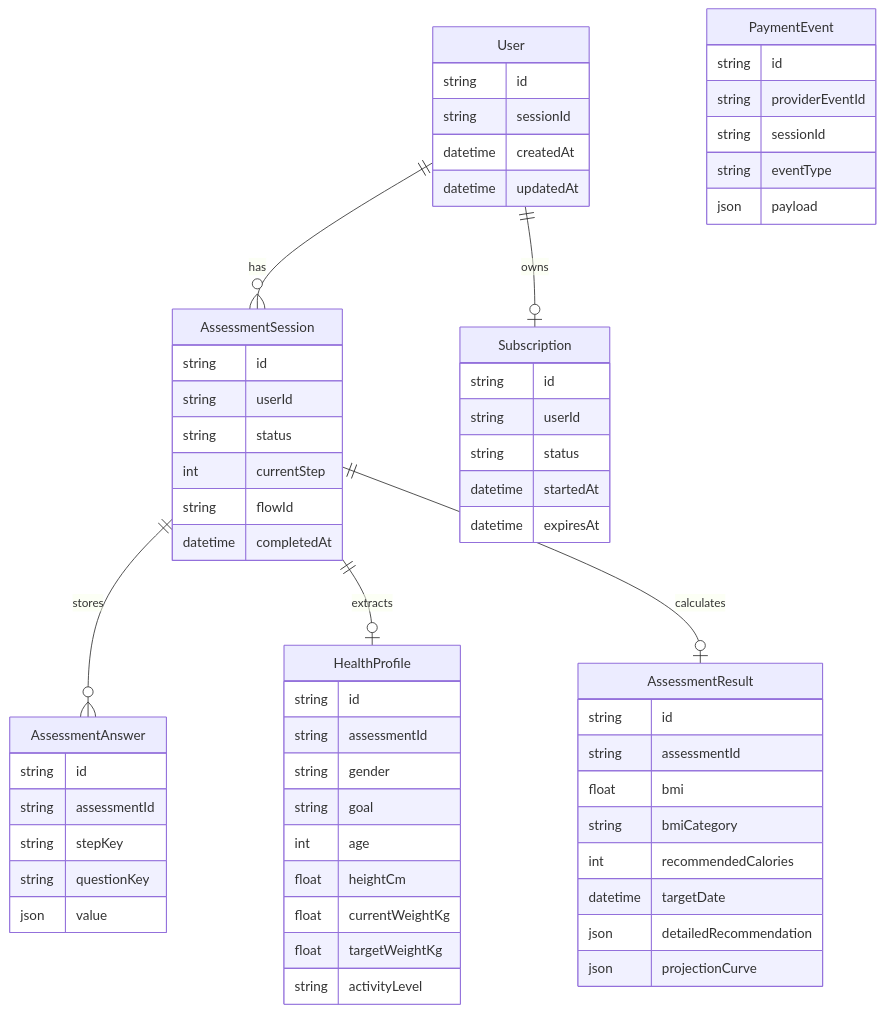
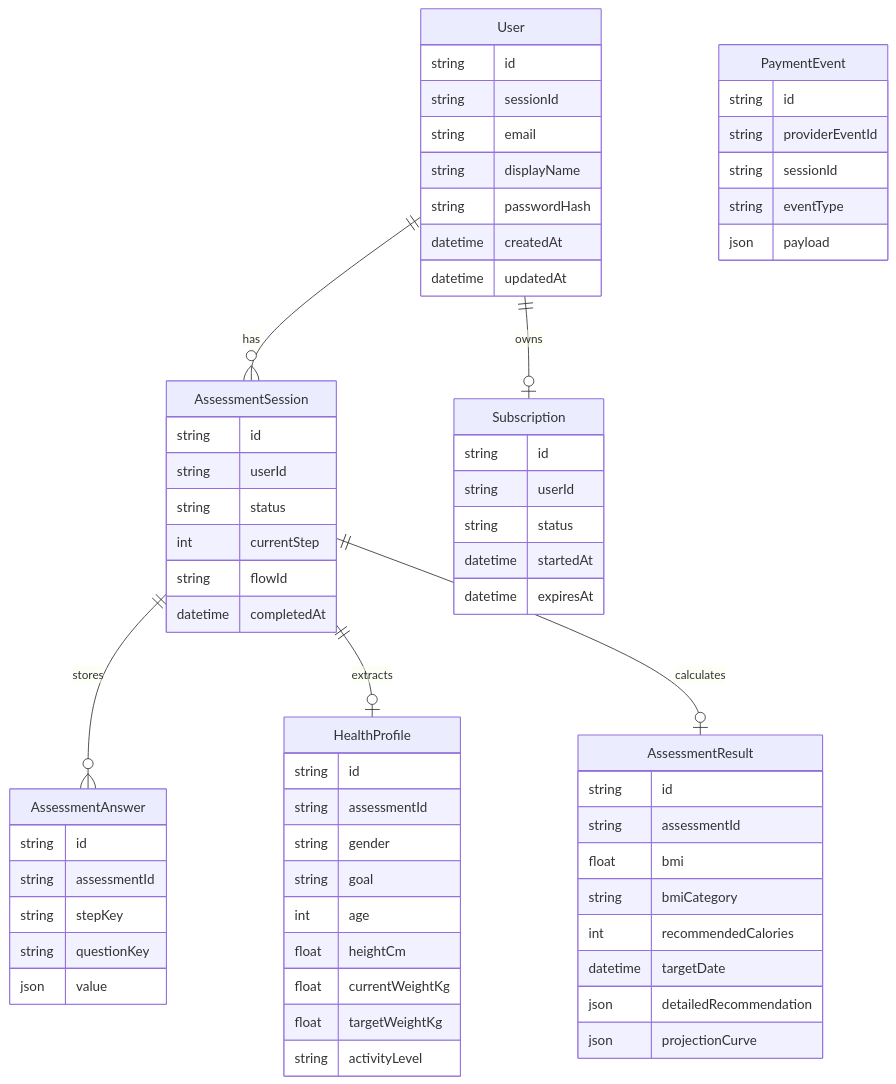
The diagram in README.md (Zhejian-Zheng/pilates-health-quiz), drawn with Mermaid before and after one commit. The commit also changed other lines of this file and 1 other file, not shown here.

````diff
--- a/README.md
+++ b/README.md
@@ -202,71 +290,74 @@
 ```mermaid
 erDiagram
   User ||--o{ AssessmentSession : has
   User ||--o| Subscription : owns
   AssessmentSession ||--o{ AssessmentAnswer : stores
   AssessmentSession ||--o| HealthProfile : extracts
   AssessmentSession ||--o| AssessmentResult : calculates
 
   User {
     string id
     string sessionId
+    string email
+    string displayName
+    string passwordHash
     datetime createdAt
     datetime updatedAt
   }
 
   AssessmentSession {
     string id
     string userId
     string status
     int currentStep
     string flowId
     datetime completedAt
   }
 
   AssessmentAnswer {
     string id
     string assessmentId
     string stepKey
     string questionKey
     json value
   }
 
   HealthProfile {
     string id
     string assessmentId
     string gender
     string goal
     int age
     float heightCm
     float currentWeightKg
     float targetWeightKg
     string activityLevel
   }
 
   AssessmentResult {
     string id
     string assessmentId
     float bmi
     string bmiCategory
     int recommendedCalories
     datetime targetDate
     json detailedRecommendation
     json projectionCurve
   }
 
   Subscription {
     string id
     string userId
     string status
     datetime startedAt
     datetime expiresAt
   }
 
   PaymentEvent {
     string id
     string providerEventId
     string sessionId
     string eventType
     json payload
   }
 ```
````
